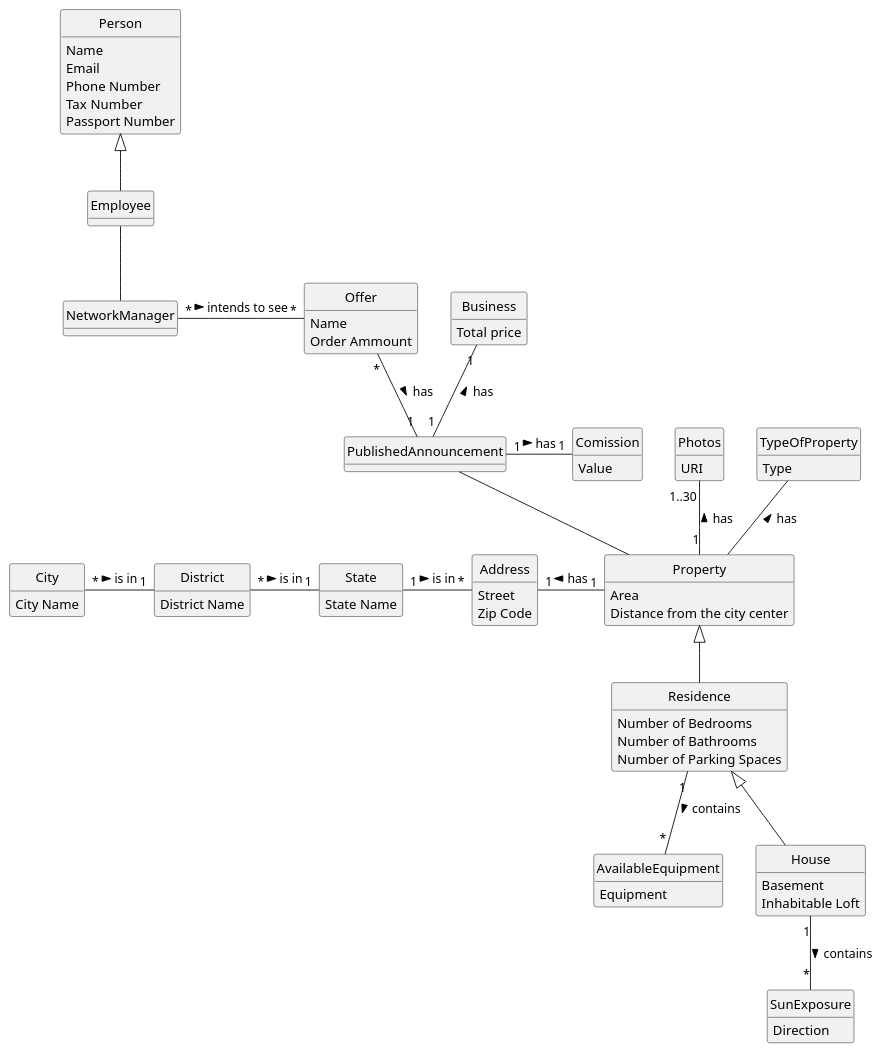
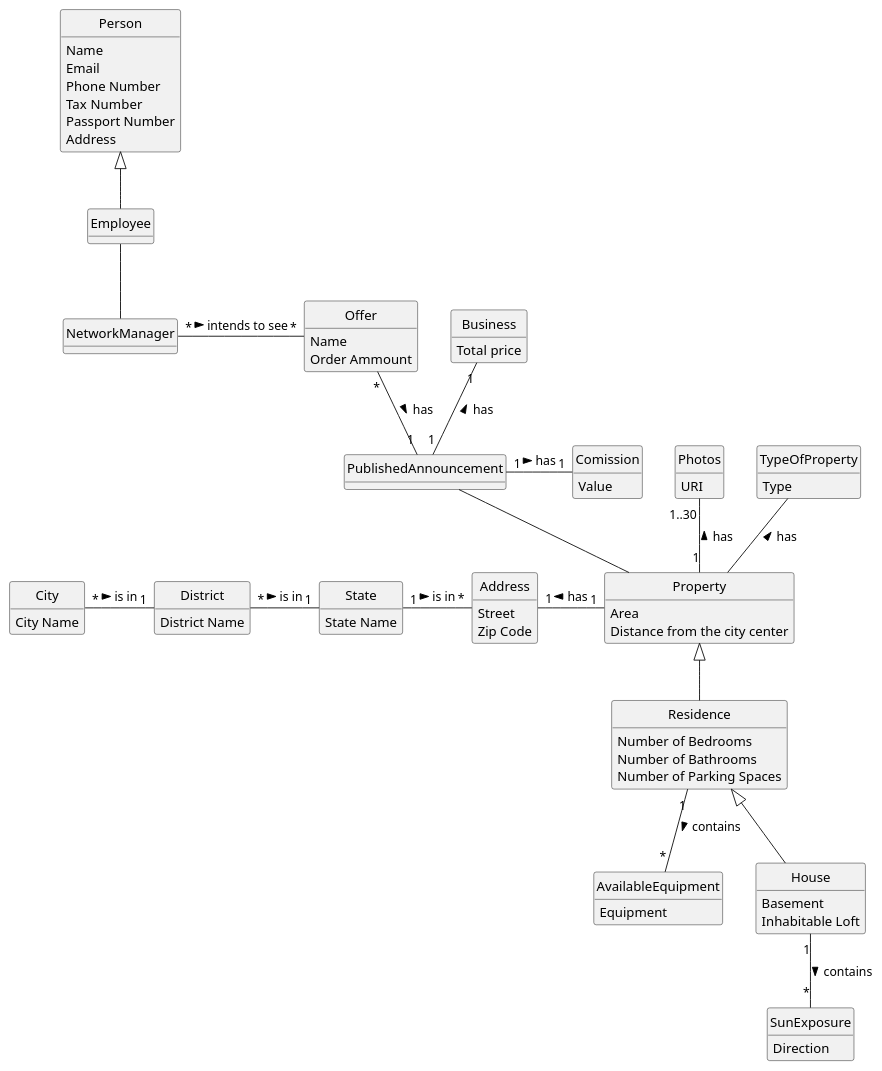
Before and after one commit to PureNimble/ISEP-LAPR2: the diagram in docs/sprintD/US017/02.analysis/puml/us17-domain-model.puml, drawn with PlantUML. The commit also changed 27 other files, not shown here.

```diff
--- a/docs/sprintD/US017/02.analysis/puml/us17-domain-model.puml
+++ b/docs/sprintD/US017/02.analysis/puml/us17-domain-model.puml
@@ -1,121 +1,122 @@
 @startuml
 skinparam monochrome true
 skinparam packageStyle rectangle
 skinparam shadowing false
 
 'left to right direction
 
 skinparam classAttributeIconSize 0
 
 hide circle
 hide methods
 
 
 class Employee{
 }
 
 class Person{
 Name
 Email
 Phone Number
 Tax Number
 Passport Number
+Address
 }
 
 class NetworkManager{
 }
 
 class Offer{
 Name
 Order Ammount
 }
 
 class Address {
 Street
 Zip Code
 }
 
 class AvailableEquipment {
 Equipment
 }
 
 
 class Business {
 Total price
 }
 
 
 class City {
 City Name
 }
 
 class Comission {
 Value
 }
 
 
 class District {
 District Name
 }
 
 
 class House {
 Basement
 Inhabitable Loft
 }
 
 
 class Photos {
 URI
 }
 
 class Property {
 Area
 Distance from the city center
 }
 
 class PublishedAnnouncement {
 }
 
 class Residence {
 Number of Bedrooms
 Number of Bathrooms
 Number of Parking Spaces
 }
 
 
 class State {
 State Name
 }
 
 class SunExposure {
 Direction
 }
 
 class TypeOfProperty {
 Type
 }
 
 Person <|-- Employee
 Employee -- NetworkManager
 
 
 NetworkManager "*" - "*" Offer: intends to see >
 Offer "*" -- "1" PublishedAnnouncement: has >
 PublishedAnnouncement -- Property
 TypeOfProperty -- Property : has <
 Property <|-- Residence
 Photos "1..30" -- "1" Property : has <
 Residence <|-- House
 Residence "1" -- "*" AvailableEquipment : contains >
 House "1" -- "*" SunExposure: contains >
 PublishedAnnouncement "1" - "1" Comission :has >
 Business "1" -- "1" PublishedAnnouncement : has <
 
 Address "1" -right-- "1" Property: has <
 State "1" -left-- "*" District: is in <
 District "1" -left-- "*" City: is in <
 Address "*" -left-- "1" State: is in <
 
 
 @enduml
```
